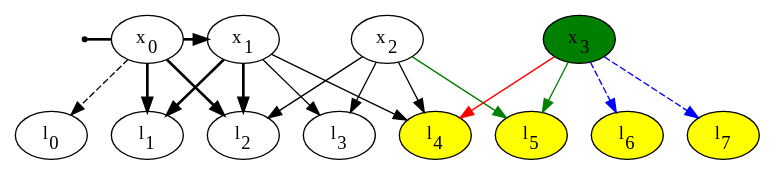
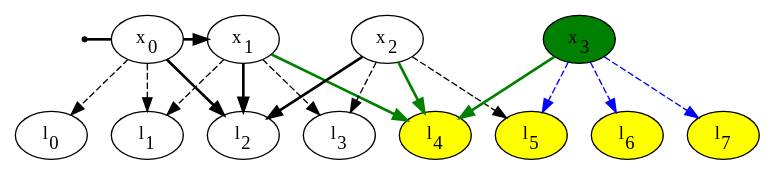
The diagram in docs/gtsam_workflow_diagrams/gtsam_diagram_x3.dot (neufieldrobotics/simple_vslam), drawn with Graphviz before and after one commit. The commit also changed 6 other files, not shown here.

```diff
--- a/docs/gtsam_workflow_diagrams/gtsam_diagram_x3.dot
+++ b/docs/gtsam_workflow_diagrams/gtsam_diagram_x3.dot
@@ -1,48 +1,48 @@
 digraph G {
  concentrate=true;
 
   x0i[shape=point label=<x<SUB>0_initial</SUB>>]
   x0[label=<x<SUB>0</SUB>>, style=filled color=black fillcolor=white];
   x1[label=<x<SUB>1</SUB>>, style=filled color="black" fillcolor=white];
   x2[label=<x<SUB>2</SUB>>, style=filled color="black" fillcolor=white]
   x3[label=<x<SUB>3</SUB>>, style=filled color="black" fillcolor=green]
 
   l0[label=<l<SUB>0</SUB>> style="filled" color="black" fillcolor="white"]
   l1[label=<l<SUB>1</SUB>> style="filled" color="black" fillcolor="white"]
   l2[label=<l<SUB>2</SUB>> style="filled" color="black" fillcolor="white"]
   l3[label=<l<SUB>3</SUB>> style="filled" color="black" fillcolor="white"]
   l4[label=<l<SUB>4</SUB>> style="filled" color="black" fillcolor="yellow"]
   l5[label=<l<SUB>5</SUB>> style="filled" color="black" fillcolor="yellow"]
   l6[label=<l<SUB>6</SUB>> style="filled" color="black" fillcolor="yellow"]
   l7[label=<l<SUB>7</SUB>> style="filled" color="black" fillcolor="yellow"]
 
   edge  [style=bold, fontname="Arial" weight=1]
 
   x0i -> x0 [arrowhead=none constraint=false]
   
   x0 -> x1 [color=black constraint=false];
 
   x0 -> l0 [style=dashed color=black]
 
-  x0 -> l1 [color=black]
+  x0 -> l1 [style=dashed color=black]
   x0 -> l2 [color=black]
 
-  x1 -> l1 [color=black]
+  x1 -> l1 [style=dashed color=black]
   x1 -> l2 [color=black]
 
-  x1 -> l3 [style=filled color=black]
-  x1 -> l4 [style=filled color=black]
+  x1 -> l3 [style=dashed color=black]
+  x1 -> l4 [color=green]
 
-  x2 -> l2 [style=filled color=black]
-  x2 -> l3 [style=filled color=black]
-  x2 -> l4 [style=filled color=black]
+  x2 -> l2 [color=black]
+  x2 -> l3 [style=dashed color=black]
+  x2 -> l4 [color=green]
 
-  x2 -> l5 [style=filled color=green]
+  x2 -> l5 [style=dashed color=black]
 
-  x3 -> l4 [style=filled color=red]
-  x3 -> l5 [style=filled color=green]
+  x3 -> l4 [color=green]
+  x3 -> l5 [style=dashed color=blue]
 
   x3 -> l6 [style=dashed color=blue]
   x3 -> l7 [style=dashed color=blue]
 
 }
```
